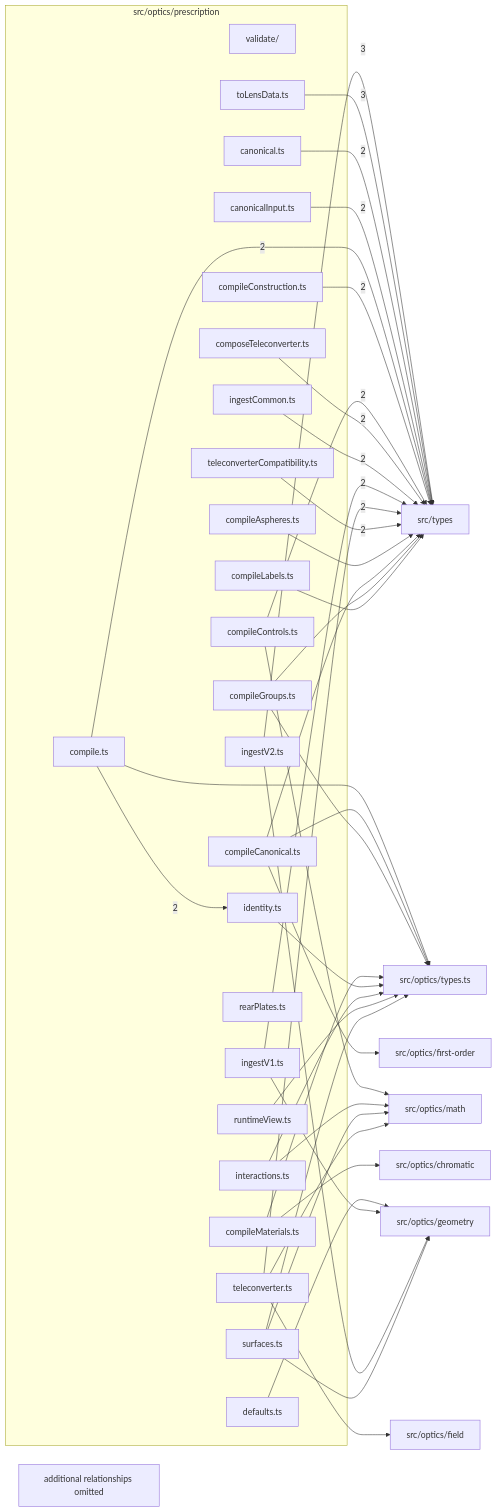
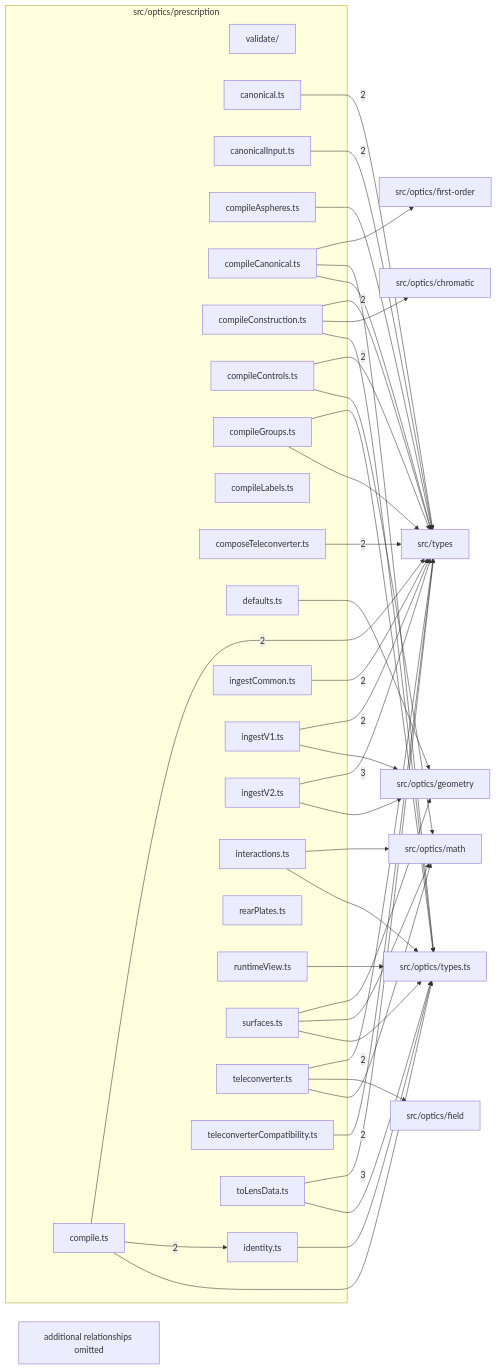
The diagram in src/optics/prescription/readme.md (ronbuening/LensVisualizer), drawn with Mermaid before and after one commit. The commit also changed other lines of this file and 43 other files, not shown here.

````diff
--- a/src/optics/prescription/readme.md
+++ b/src/optics/prescription/readme.md
@@ -9,73 +9,72 @@
 ```mermaid
 flowchart LR
   subgraph n_src_optics_prescription["src/optics/prescription"]
     n_src_optics_prescription_src_optics_prescription_validate["validate/"]
     n_src_optics_prescription_src_optics_prescription_canonical_ts["canonical.ts"]
     n_src_optics_prescription_src_optics_prescription_canonicalInput_ts["canonicalInput.ts"]
     n_src_optics_prescription_src_optics_prescription_compile_ts["compile.ts"]
     n_src_optics_prescription_src_optics_prescription_compileAspheres_ts["compileAspheres.ts"]
     n_src_optics_prescription_src_optics_prescription_compileCanonical_ts["compileCanonical.ts"]
     n_src_optics_prescription_src_optics_prescription_compileConstruction_ts["compileConstruction.ts"]
     n_src_optics_prescription_src_optics_prescription_compileControls_ts["compileControls.ts"]
     n_src_optics_prescription_src_optics_prescription_compileGroups_ts["compileGroups.ts"]
     n_src_optics_prescription_src_optics_prescription_compileLabels_ts["compileLabels.ts"]
-    n_src_optics_prescription_src_optics_prescription_compileMaterials_ts["compileMaterials.ts"]
     n_src_optics_prescription_src_optics_prescription_composeTeleconverter_ts["composeTeleconverter.ts"]
     n_src_optics_prescription_src_optics_prescription_defaults_ts["defaults.ts"]
     n_src_optics_prescription_src_optics_prescription_identity_ts["identity.ts"]
     n_src_optics_prescription_src_optics_prescription_ingestCommon_ts["ingestCommon.ts"]
     n_src_optics_prescription_src_optics_prescription_ingestV1_ts["ingestV1.ts"]
     n_src_optics_prescription_src_optics_prescription_ingestV2_ts["ingestV2.ts"]
     n_src_optics_prescription_src_optics_prescription_interactions_ts["interactions.ts"]
     n_src_optics_prescription_src_optics_prescription_rearPlates_ts["rearPlates.ts"]
     n_src_optics_prescription_src_optics_prescription_runtimeView_ts["runtimeView.ts"]
     n_src_optics_prescription_src_optics_prescription_surfaces_ts["surfaces.ts"]
     n_src_optics_prescription_src_optics_prescription_teleconverter_ts["teleconverter.ts"]
     n_src_optics_prescription_src_optics_prescription_teleconverterCompatibility_ts["teleconverterCompatibility.ts"]
     n_src_optics_prescription_src_optics_prescription_toLensData_ts["toLensData.ts"]
   end
   n_external_src_types["src/types"]
   n_external_src_optics_chromatic["src/optics/chromatic"]
   n_external_src_optics_field["src/optics/field"]
   n_external_src_optics_first_order["src/optics/first-order"]
   n_external_src_optics_geometry["src/optics/geometry"]
   n_external_src_optics_math["src/optics/math"]
   n_external_src_optics_types_ts["src/optics/types.ts"]
   n_src_optics_prescription_src_optics_prescription_ingestV2_ts --> |3| n_external_src_types
   n_src_optics_prescription_src_optics_prescription_toLensData_ts --> |3| n_external_src_types
   n_src_optics_prescription_src_optics_prescription_canonical_ts --> |2| n_external_src_types
   n_src_optics_prescription_src_optics_prescription_canonicalInput_ts --> |2| n_external_src_types
   n_src_optics_prescription_src_optics_prescription_compile_ts --> |2| n_external_src_types
   n_src_optics_prescription_src_optics_prescription_compileConstruction_ts --> |2| n_external_src_types
   n_src_optics_prescription_src_optics_prescription_compileControls_ts --> |2| n_external_src_types
   n_src_optics_prescription_src_optics_prescription_composeTeleconverter_ts --> |2| n_external_src_types
   n_src_optics_prescription_src_optics_prescription_ingestCommon_ts --> |2| n_external_src_types
   n_src_optics_prescription_src_optics_prescription_ingestV1_ts --> |2| n_external_src_types
   n_src_optics_prescription_src_optics_prescription_teleconverter_ts --> |2| n_external_src_types
   n_src_optics_prescription_src_optics_prescription_teleconverterCompatibility_ts --> |2| n_external_src_types
   n_src_optics_prescription_src_optics_prescription_compile_ts --> |2| n_src_optics_prescription_src_optics_prescription_identity_ts
-  n_src_optics_prescription_src_optics_prescription_compileMaterials_ts --> n_external_src_optics_chromatic
+  n_src_optics_prescription_src_optics_prescription_compileConstruction_ts --> n_external_src_optics_chromatic
   n_src_optics_prescription_src_optics_prescription_teleconverter_ts --> n_external_src_optics_field
   n_src_optics_prescription_src_optics_prescription_compileCanonical_ts --> n_external_src_optics_first_order
   n_src_optics_prescription_src_optics_prescription_defaults_ts --> n_external_src_optics_geometry
   n_src_optics_prescription_src_optics_prescription_ingestV1_ts --> n_external_src_optics_geometry
   n_src_optics_prescription_src_optics_prescription_ingestV2_ts --> n_external_src_optics_geometry
   n_src_optics_prescription_src_optics_prescription_surfaces_ts --> n_external_src_optics_geometry
   n_src_optics_prescription_src_optics_prescription_compileControls_ts --> n_external_src_optics_math
   n_src_optics_prescription_src_optics_prescription_interactions_ts --> n_external_src_optics_math
   n_src_optics_prescription_src_optics_prescription_surfaces_ts --> n_external_src_optics_math
   n_src_optics_prescription_src_optics_prescription_teleconverter_ts --> n_external_src_optics_math
   n_src_optics_prescription_src_optics_prescription_compile_ts --> n_external_src_optics_types_ts
   n_src_optics_prescription_src_optics_prescription_compileCanonical_ts --> n_external_src_optics_types_ts
+  n_src_optics_prescription_src_optics_prescription_compileConstruction_ts --> n_external_src_optics_types_ts
   n_src_optics_prescription_src_optics_prescription_compileGroups_ts --> n_external_src_optics_types_ts
-  n_src_optics_prescription_src_optics_prescription_compileMaterials_ts --> n_external_src_optics_types_ts
   n_src_optics_prescription_src_optics_prescription_identity_ts --> n_external_src_optics_types_ts
   n_src_optics_prescription_src_optics_prescription_interactions_ts --> n_external_src_optics_types_ts
   n_src_optics_prescription_src_optics_prescription_runtimeView_ts --> n_external_src_optics_types_ts
   n_src_optics_prescription_src_optics_prescription_surfaces_ts --> n_external_src_optics_types_ts
+  n_src_optics_prescription_src_optics_prescription_toLensData_ts --> n_external_src_optics_types_ts
   n_src_optics_prescription_src_optics_prescription_compileAspheres_ts --> n_external_src_types
   n_src_optics_prescription_src_optics_prescription_compileCanonical_ts --> n_external_src_types
   n_src_optics_prescription_src_optics_prescription_compileGroups_ts --> n_external_src_types
-  n_src_optics_prescription_src_optics_prescription_compileLabels_ts --> n_external_src_types
   n_src_optics_prescription_truncated["additional relationships omitted"]
 ```
````
